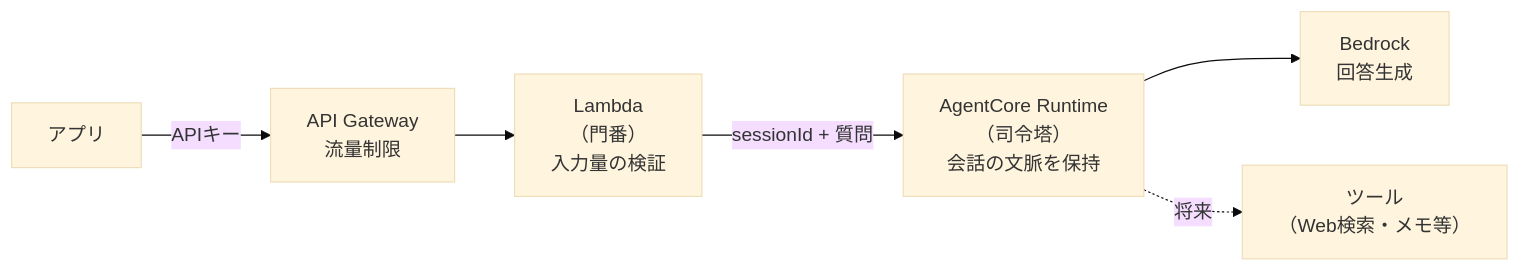
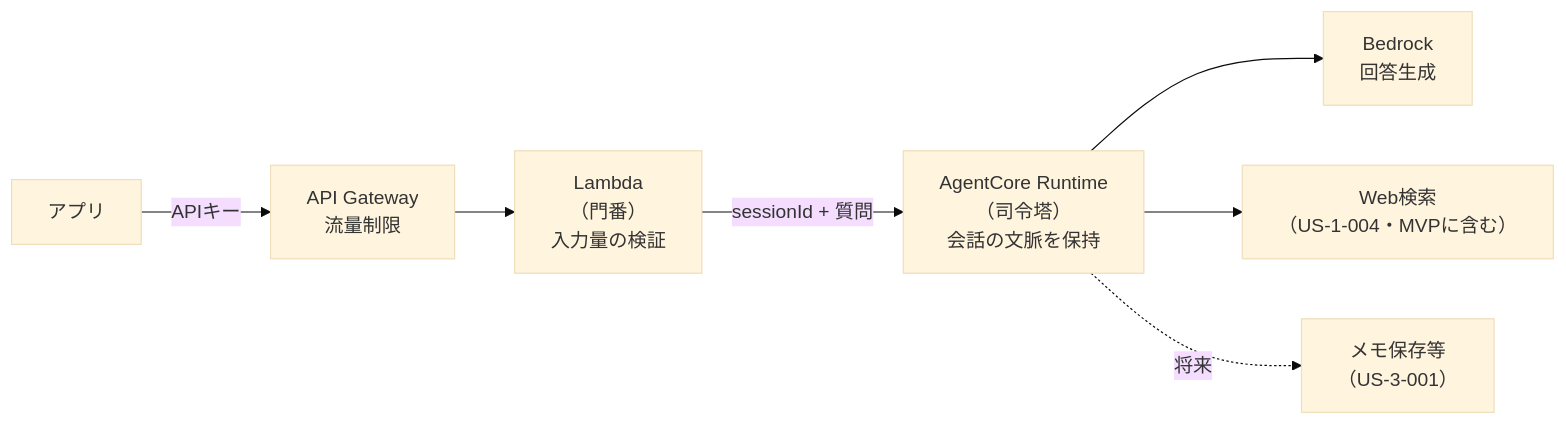
One commit to h-akira/TouringProject changed the third of 6 diagrams in docs/01_architecture.md. Above: the diagram before and after it, drawn with Mermaid (base theme). The commit also changed other lines of this file and 3 other files, not shown here.

````diff
--- a/docs/01_architecture.md
+++ b/docs/01_architecture.md
@@ -129,8 +129,9 @@
 ```mermaid
 flowchart LR
     App["アプリ"] -->|"APIキー"| GW["API Gateway<br/>流量制限"]
     GW --> L["Lambda<br/>（門番）<br/>入力量の検証"]
     L -->|"sessionId + 質問"| AC["AgentCore Runtime<br/>（司令塔）<br/>会話の文脈を保持"]
     AC --> B["Bedrock<br/>回答生成"]
-    AC -.->|"将来"| T["ツール<br/>（Web検索・メモ等）"]
+    AC --> W["Web検索<br/>（US-1-004・MVPに含む）"]
+    AC -.->|"将来"| T["メモ保存等<br/>（US-3-001）"]
 ```
````
